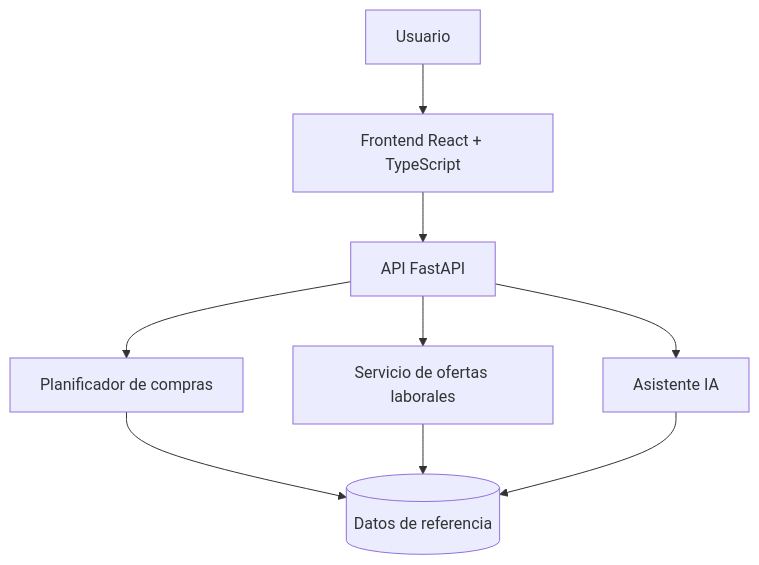
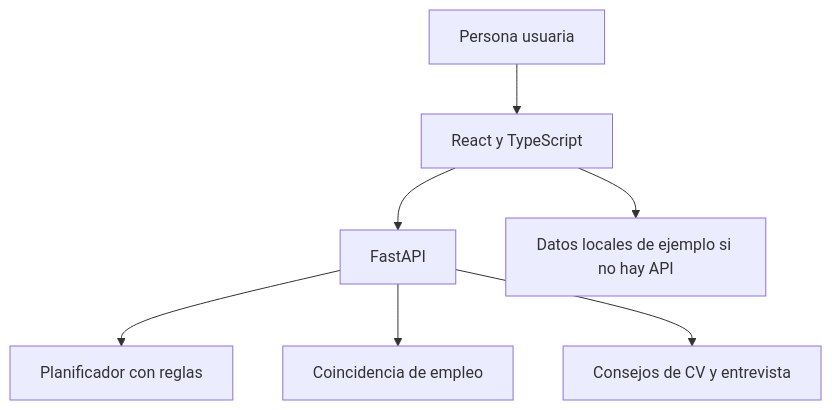
One commit to FredyFuness/Mi-Ahorro-AIForImpact-2026 changed the diagram in docs/ARQUITECTURA.md. Above: the diagram before and after it, drawn with Mermaid. The commit also changed other lines of this file and 26 other files, not shown here.

Commit message:
feat: implement Mi Ahorro demo MVP and roadmap phases

````diff
--- a/docs/ARQUITECTURA.md
+++ b/docs/ARQUITECTURA.md
@@ -5,11 +5,9 @@
 ```mermaid
 flowchart TD
-    U[Usuario] --> F[Frontend React + TypeScript]
-    F --> A[API FastAPI]
-    A --> P[Planificador de compras]
-    A --> E[Servicio de ofertas laborales]
-    A --> I[Asistente IA]
-    P --> D[(Datos de referencia)]
-    E --> D
-    I --> D
+    U[Persona usuaria] --> F[React y TypeScript]
+    F --> A[FastAPI]
+    F --> D[Datos locales de ejemplo si no hay API]
+    A --> P[Planificador con reglas]
+    A --> M[Coincidencia de empleo]
+    A --> C[Consejos de CV y entrevista]
 ```
````
